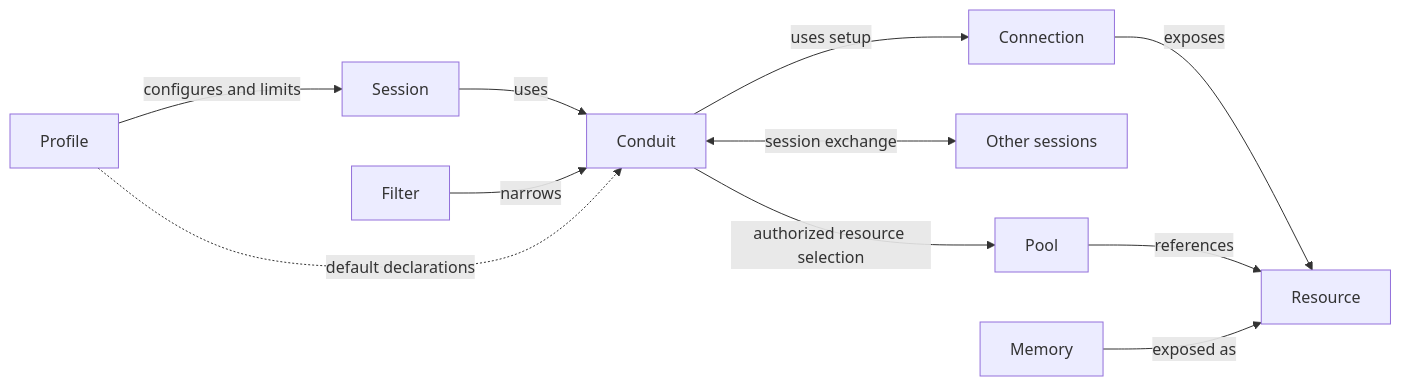
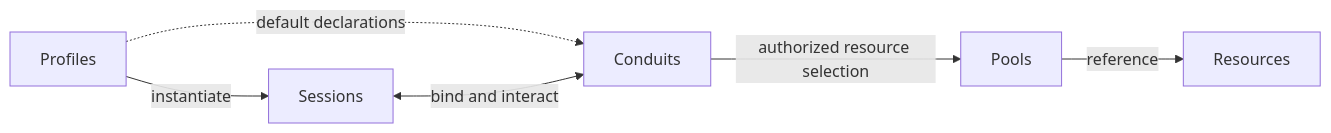
Before and after one commit to shrav-k/conduit: the diagram in SPEC.md, drawn with Mermaid. The commit also changed other lines of this file and 4 other files, not shown here.

Commit message:
Consolidate docs around Profiles Sessions Resources Pools and Conduits

````diff
--- a/SPEC.md
+++ b/SPEC.md
@@ -77,13 +20,8 @@
 ```mermaid
 flowchart LR
-    Profile -->|configures and limits| Session
-    Session -->|uses| Conduit
-    Filter -->|narrows| Conduit
-    Profile -.->|default declarations| Conduit
-    Conduit -->|authorized resource selection| Pool
-    Conduit <-->|session exchange| Peer[Other sessions]
-    Conduit -->|uses setup| Connection
-    Connection -->|exposes| Resource
-    Pool -->|references| Resource
-    Memory -->|exposed as| Resource
+    Profiles -->|instantiate| Sessions
+    Profiles -.->|default declarations| Conduits
+    Sessions <-->|bind and interact| Conduits
+    Conduits -->|authorized resource selection| Pools
+    Pools -->|reference| Resources
 ```
````
